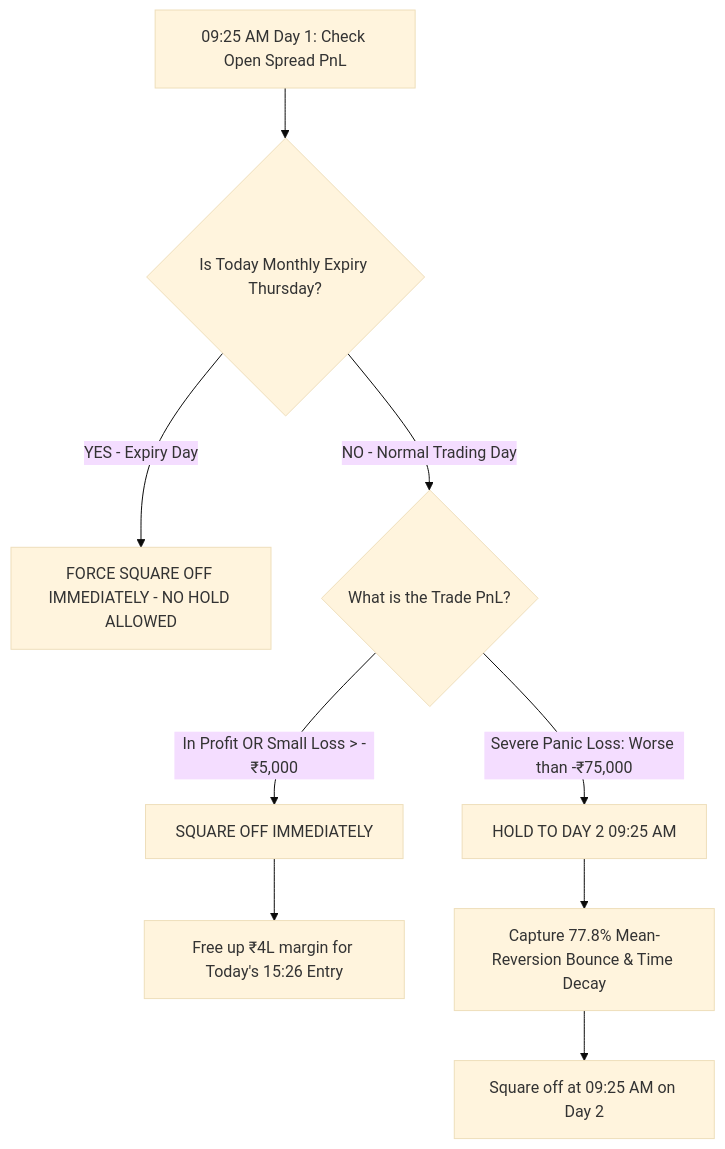
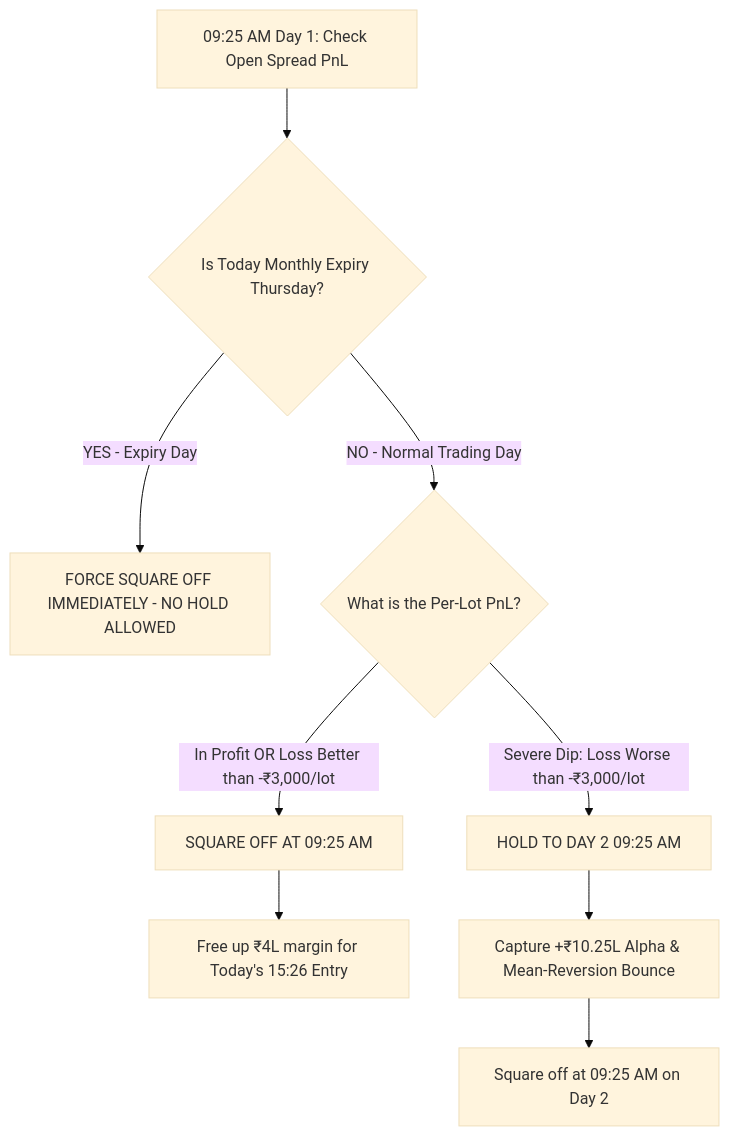
One commit to sarangsukumar/options-sniper changed the diagram in FINAL_OPTIONS_SYSTEM/FINAL_ACHIEVEMENTS_AND_DAY2_HOLD_REPORT.md. Above: the diagram before and after it, drawn with Mermaid (base theme). The commit also changed other lines of this file and 4 other files, not shown here.

Commit message:
Update master report with Per-Lot loss optimization (+10.25L alpha) and Day 3 holding analysis (+3.87L alpha)

````diff
--- a/FINAL_OPTIONS_SYSTEM/FINAL_ACHIEVEMENTS_AND_DAY2_HOLD_REPORT.md
+++ b/FINAL_OPTIONS_SYSTEM/FINAL_ACHIEVEMENTS_AND_DAY2_HOLD_REPORT.md
@@ -111,11 +75,11 @@
 ```mermaid
 graph TD
     A[09:25 AM Day 1: Check Open Spread PnL] --> B{Is Today Monthly Expiry Thursday?}
     B -->|YES - Expiry Day| C[FORCE SQUARE OFF IMMEDIATELY - NO HOLD ALLOWED]
-    B -->|NO - Normal Trading Day| D{What is the Trade PnL?}
-    D -->|In Profit OR Small Loss > -₹5,000| E[SQUARE OFF IMMEDIATELY]
+    B -->|NO - Normal Trading Day| D{What is the Per-Lot PnL?}
+    D -->|In Profit OR Loss Better than -₹3,000/lot| E[SQUARE OFF AT 09:25 AM]
     E --> F[Free up ₹4L margin for Today's 15:26 Entry]
-    D -->|Severe Panic Loss: Worse than -₹75,000| G[HOLD TO DAY 2 09:25 AM]
-    G --> H[Capture 77.8% Mean-Reversion Bounce & Time Decay]
+    D -->|Severe Dip: Loss Worse than -₹3,000/lot| G[HOLD TO DAY 2 09:25 AM]
+    G --> H[Capture +₹10.25L Alpha & Mean-Reversion Bounce]
     H --> I[Square off at 09:25 AM on Day 2]
 ```
````
